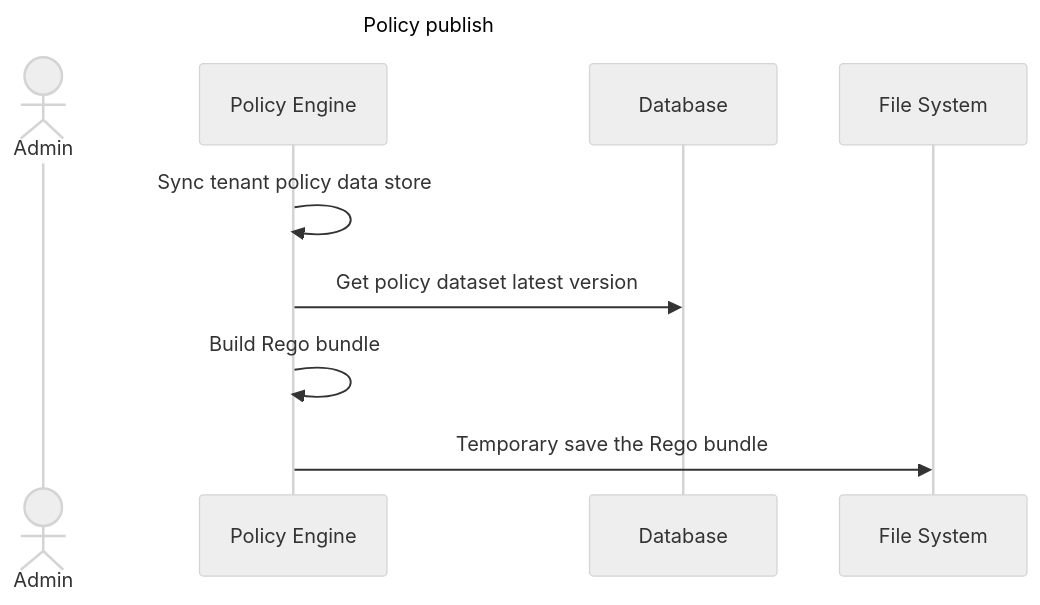
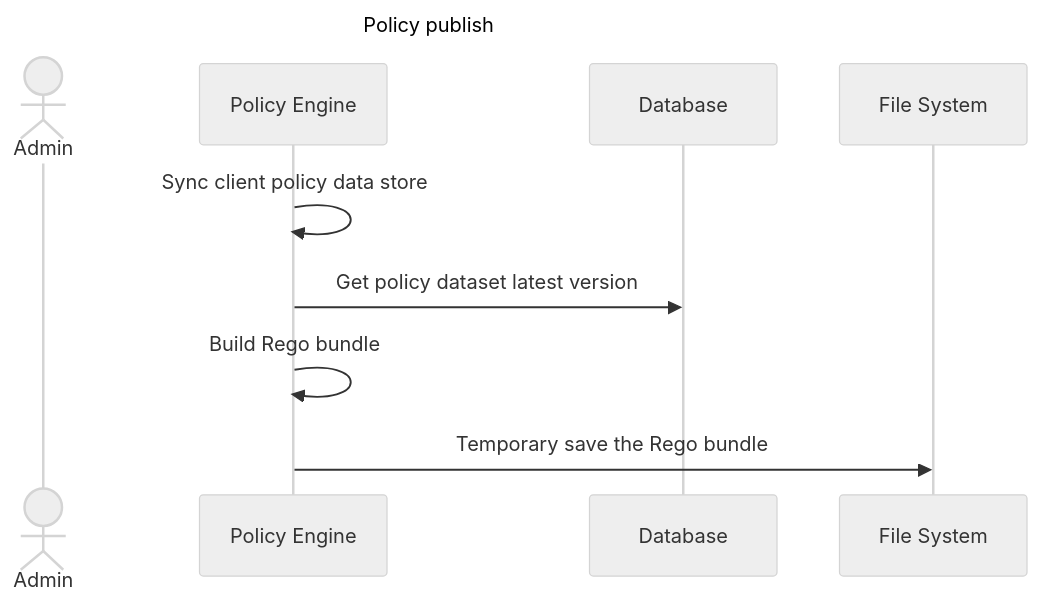
The fifth of 5 diagrams in apps/docs/docs/contributing/policy-engine-setup.md (narval-xyz/armory), drawn with Mermaid (neutral theme) before and after one commit. The commit also changed other lines of this file and 20 other files, not shown here.

Commit message:
Rename tenant to client in the policy engine

````diff
--- a/apps/docs/docs/contributing/policy-engine-setup.md
+++ b/apps/docs/docs/contributing/policy-engine-setup.md
@@ -148,14 +148,14 @@
 ```mermaid
 sequenceDiagram
   title Policy publish
 
   actor Admin
   participant Engine as Policy Engine
   participant DB as Database
   participant FS as File System
 
-  Engine ->> Engine: Sync tenant policy data store
+  Engine ->> Engine: Sync client policy data store
   Engine ->> DB: Get policy dataset latest version
   Engine ->> Engine: Build Rego bundle
   Engine ->> FS: Temporary save the Rego bundle
 ```
````
